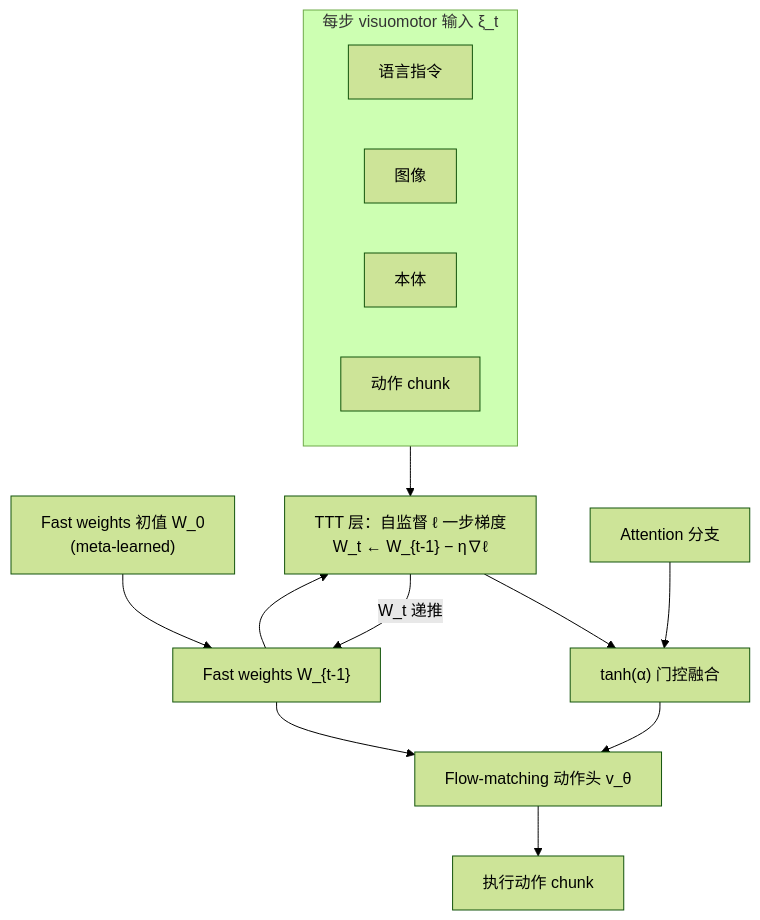
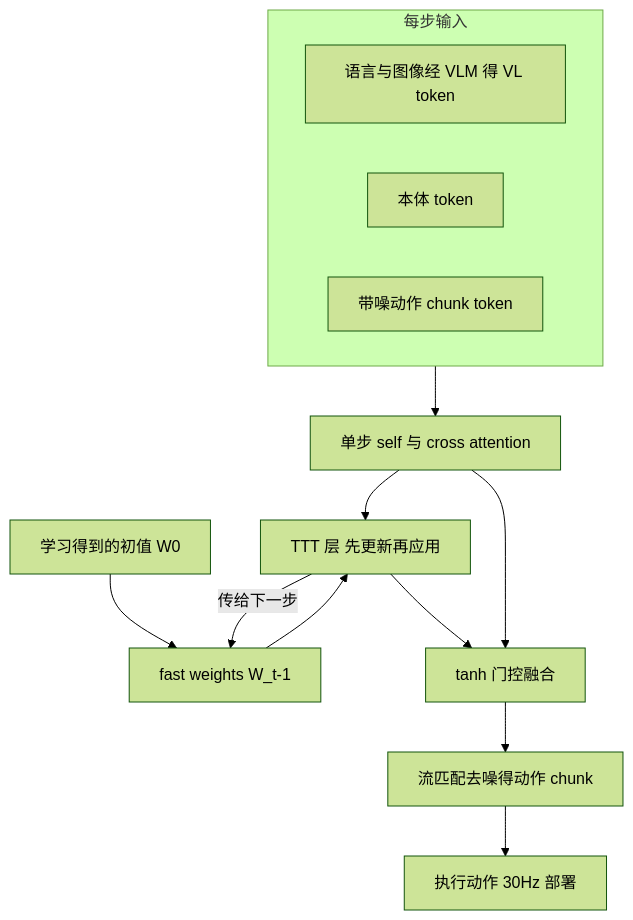
Before and after one commit to ImChong/Robotics_Notebooks: the diagram in wiki/entities/paper-robottt-test-time-training-vla-context.md, drawn with Mermaid (forest theme). The commit also changed other lines of this file and 196 other files, not shown here.

````diff
--- a/wiki/entities/paper-robottt-test-time-training-vla-context.md
+++ b/wiki/entities/paper-robottt-test-time-training-vla-context.md
@@ -66,27 +71,24 @@
 ```mermaid
 flowchart TB
-  subgraph sense["每步 visuomotor 输入 ξ_t"]
-    L[语言指令]
-    I[图像]
-    P[本体]
-    A[动作 chunk]
+  subgraph in["每步输入"]
+    L[语言与图像经 VLM 得 VL token]
+    P[本体 token]
+    A[带噪动作 chunk token]
   end
-
-  W0["Fast weights 初值 W_0\n(meta-learned)"]
-  Wt["Fast weights W_{t-1}"]
-  TTT["TTT 层：自监督 ℓ 一步梯度\nW_t ← W_{t-1} − η∇ℓ"]
-  Attn["Attention 分支"]
-  Gate["tanh(α) 门控融合"]
-  FM["Flow-matching 动作头 v_θ"]
-  Act["执行动作 chunk"]
-
-  sense --> TTT
+  W0[学习得到的初值 W0]
+  Wt[fast weights W_t-1]
+  Attn[单步 self 与 cross attention]
+  TTT[TTT 层 先更新再应用]
+  Gate[tanh 门控融合]
+  FM[流匹配去噪得动作 chunk]
+  Act[执行动作 30Hz 部署]
+  in --> Attn
+  Attn --> TTT
+  W0 --> Wt
   Wt --> TTT
   TTT --> Gate
   Attn --> Gate
   Gate --> FM
-  Wt --> FM
   FM --> Act
-  TTT -->|"W_t 递推"| Wt
-  W0 --> Wt
+  TTT -->|传给下一步| Wt
 ```
````
